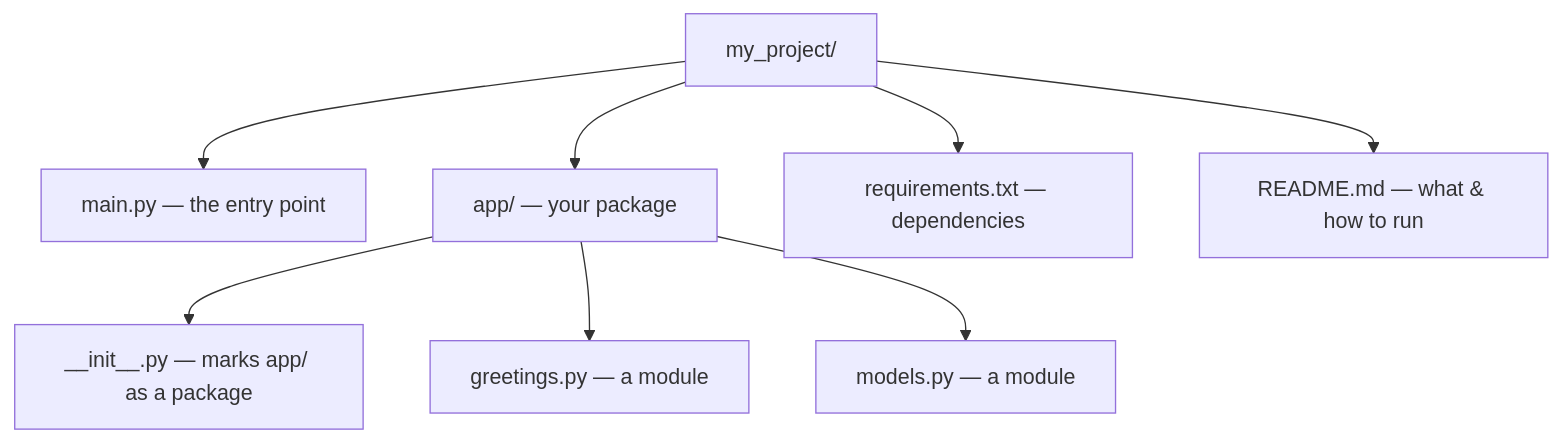
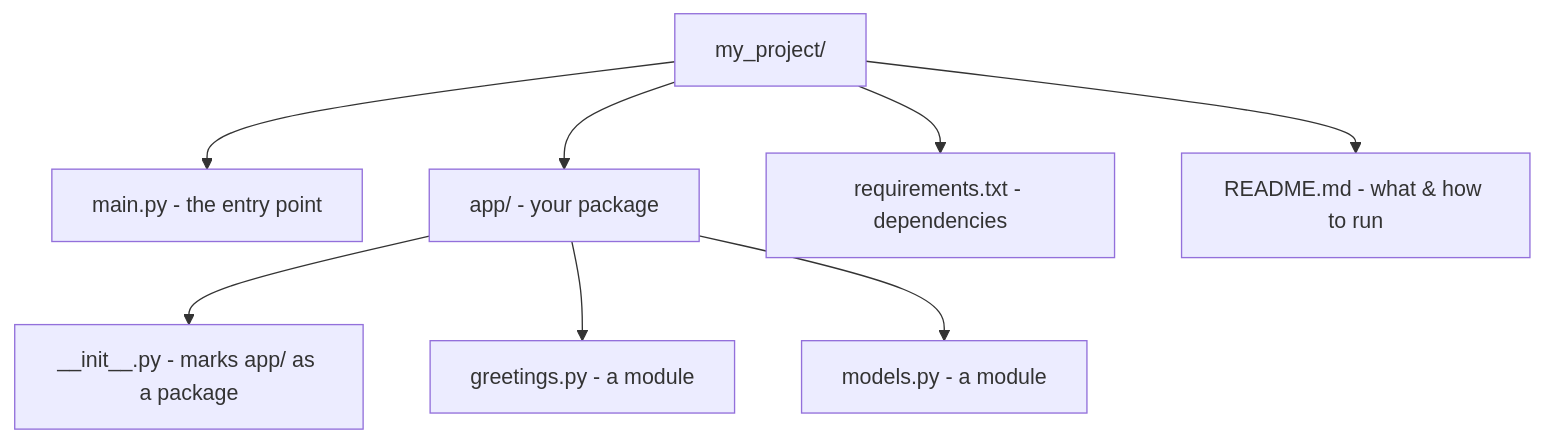
One commit to Topurrra/themissingmanual changed the diagram in guides/programming-languages/python-from-zero/05-modules-and-project-layout.md. Above: the diagram before and after it, drawn with Mermaid. The commit also changed other lines of this file and 1072 other files, not shown here.

````diff
--- a/guides/programming-languages/python-from-zero/05-modules-and-project-layout.md
+++ b/guides/programming-languages/python-from-zero/05-modules-and-project-layout.md
@@ -132,10 +132,10 @@
 ```mermaid
 flowchart TD
-  root[my_project/] --> main[main.py — the entry point]
-  root --> pkg[app/ — your package]
-  root --> reqs[requirements.txt — dependencies]
-  root --> readme[README.md — what & how to run]
-  pkg --> init[__init__.py — marks app/ as a package]
-  pkg --> greet[greetings.py — a module]
-  pkg --> models[models.py — a module]
+  root[my_project/] --> main[main.py - the entry point]
+  root --> pkg[app/ - your package]
+  root --> reqs[requirements.txt - dependencies]
+  root --> readme[README.md - what & how to run]
+  pkg --> init[__init__.py - marks app/ as a package]
+  pkg --> greet[greetings.py - a module]
+  pkg --> models[models.py - a module]
 ```
````
